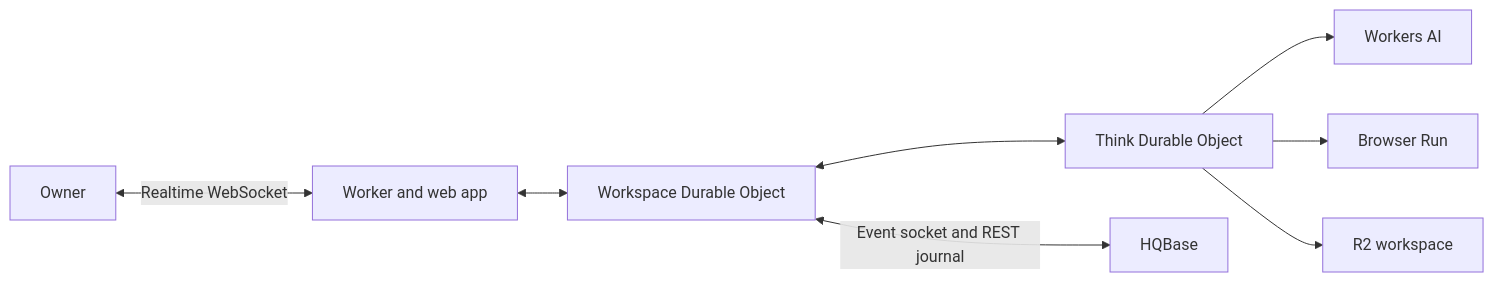
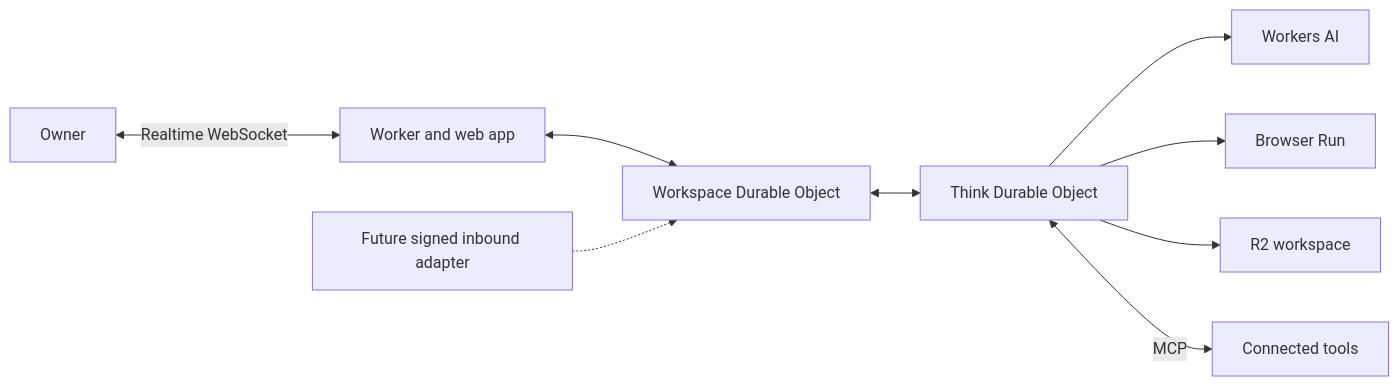
Before and after one commit to HQBase/hqbot: the first of 3 diagrams in docs/architecture.md, drawn with Mermaid. The commit also changed other lines of this file and 10 other files, not shown here.

````diff
--- a/docs/architecture.md
+++ b/docs/architecture.md
@@ -3,10 +3,11 @@
 ```mermaid
 flowchart LR
   Owner[Owner] <-->|Realtime WebSocket| App[Worker and web app]
   App <--> Workspace[Workspace Durable Object]
   Workspace <--> Teammate[Think Durable Object]
   Teammate --> AI[Workers AI]
   Teammate --> Browser[Browser Run]
   Teammate --> R2[R2 workspace]
-  Workspace <-->|Event socket and REST journal| HQBase[HQBase]
+  Teammate <-->|MCP| Tools[Connected tools]
+  Trigger[Future signed inbound adapter] -.-> Workspace
 ```
````
